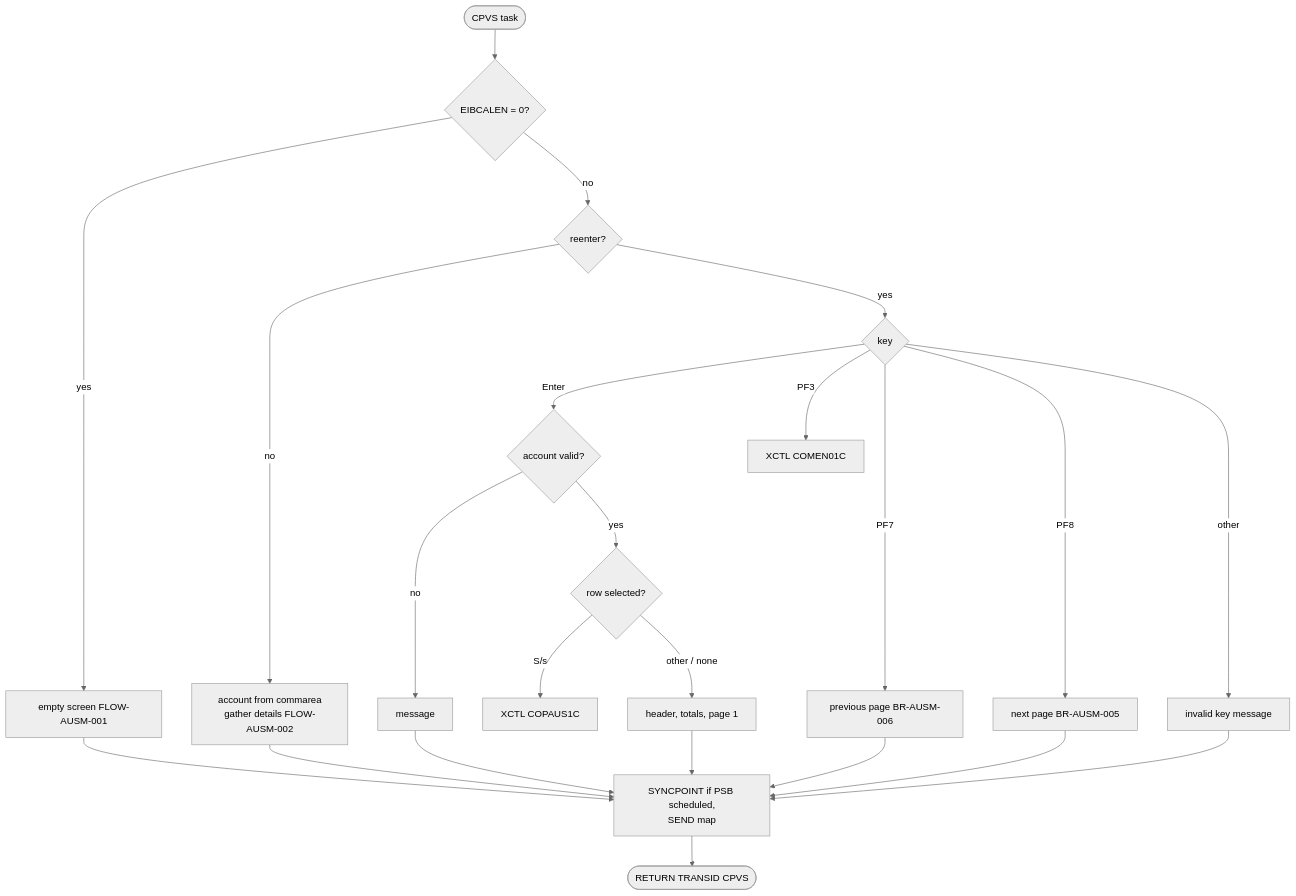
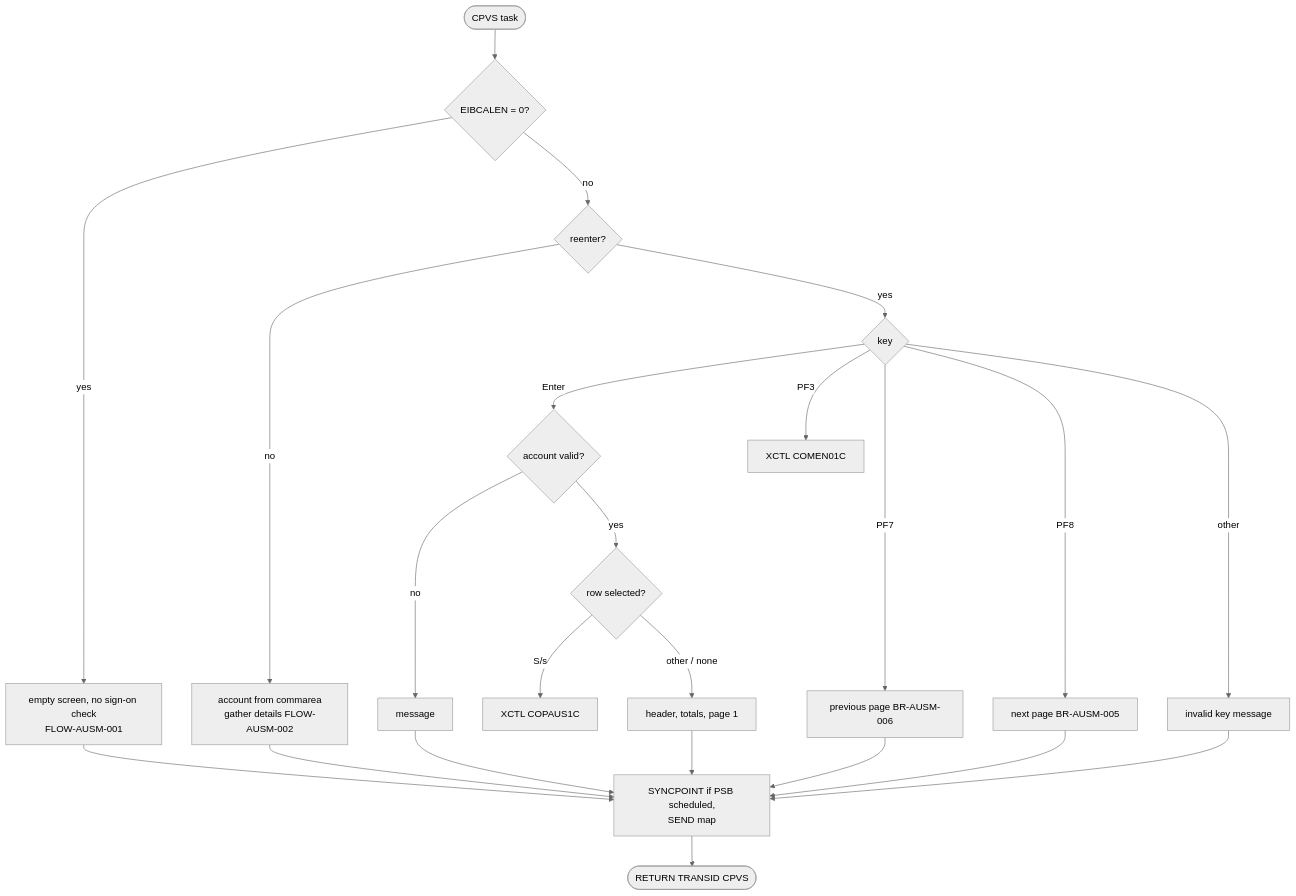
Before and after one commit to factory-senura-jayatunge/carddemo: the first of 2 diagrams in docs/modernization/spec/programs/COPAUS0C.md, drawn with Mermaid (neutral theme). The commit also changed other lines of this file and 3 other files, not shown here.

````diff
--- a/docs/modernization/spec/programs/COPAUS0C.md
+++ b/docs/modernization/spec/programs/COPAUS0C.md
@@ -165,18 +166,18 @@
 ```mermaid
 flowchart TD
     S([CPVS task]) --> C{EIBCALEN = 0?}
-    C -- yes --> E[empty screen FLOW-AUSM-001]
+    C -- yes --> E[empty screen, no sign-on check<br/>FLOW-AUSM-001]
     C -- no --> R{reenter?}
     R -- no --> F[account from commarea<br/>gather details FLOW-AUSM-002]
     R -- yes --> K{key}
     K -- Enter --> V{account valid?}
     V -- no --> M[message]
     V -- yes --> SEL{row selected?}
     SEL -- S/s --> X[XCTL COPAUS1C]
     SEL -- other / none --> G[header, totals, page 1]
     K -- PF3 --> MENU[XCTL COMEN01C]
     K -- PF7 --> B[previous page BR-AUSM-006]
     K -- PF8 --> N[next page BR-AUSM-005]
     K -- other --> I[invalid key message]
     E & F & M & G & B & N & I --> SEND[SYNCPOINT if PSB scheduled,<br/>SEND map] --> RET([RETURN TRANSID CPVS])
 ```
````
